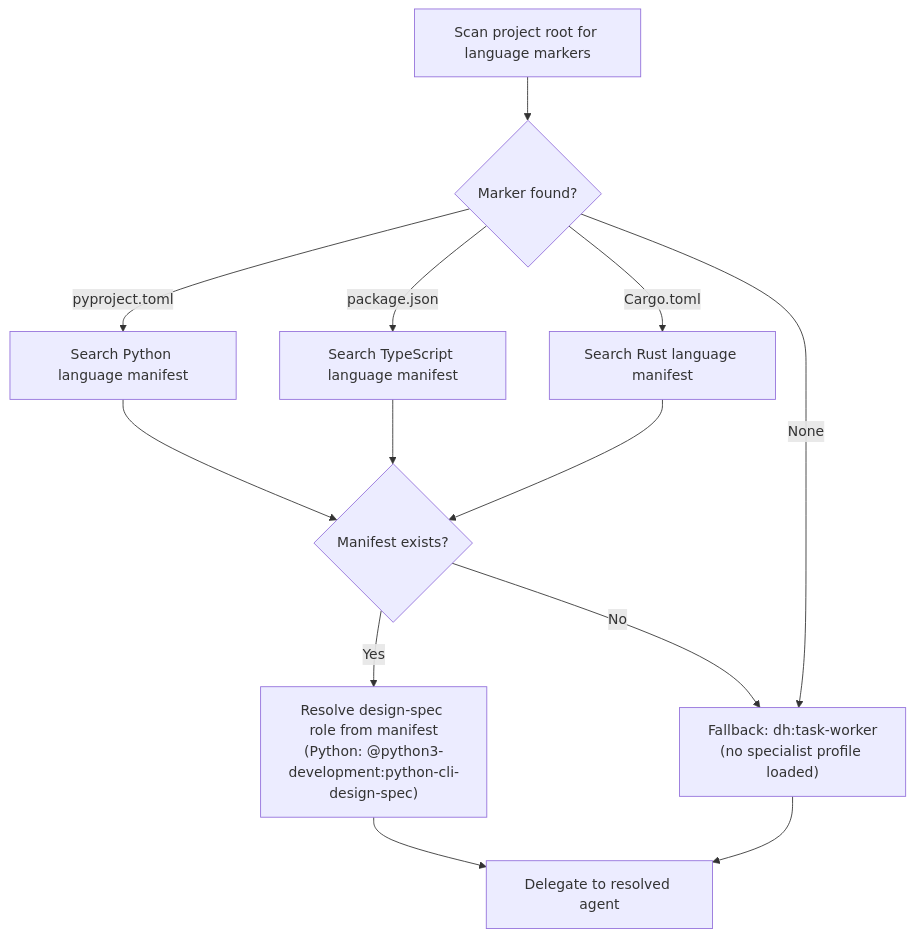
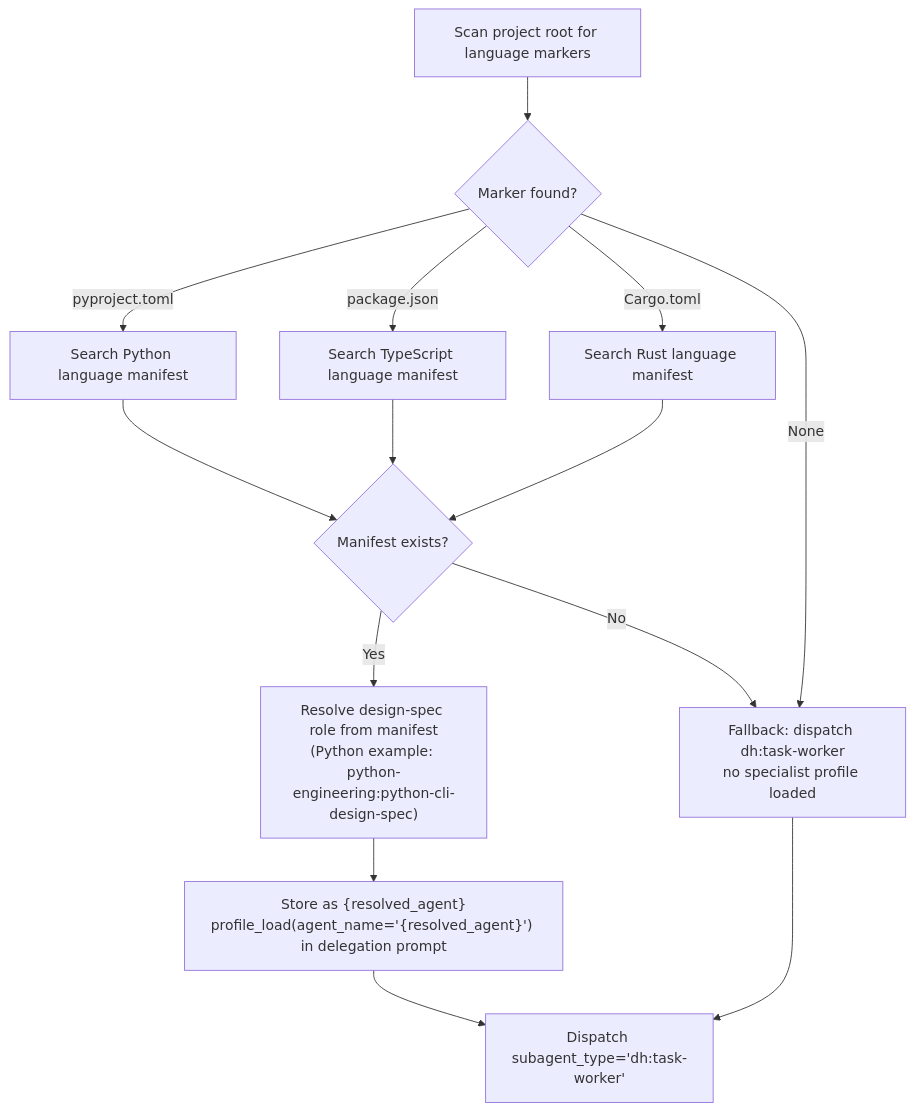
One commit to chgreer1070/claude_skills changed the second of 3 diagrams in plugins/development-harness/skills/add-new-feature/SKILL.md. Above: the diagram before and after it, drawn with Mermaid. The commit also changed other lines of this file and 46 other files, not shown here.

Commit message:
refactor(add-new-feature): Phase 3 architect agent writes spec to disk and self-registers artifact (#2429)

````diff
--- a/plugins/development-harness/skills/add-new-feature/SKILL.md
+++ b/plugins/development-harness/skills/add-new-feature/SKILL.md
@@ -217,15 +217,16 @@
 ```mermaid
 flowchart TD
     Scan[Scan project root for language markers] --> Found{Marker found?}
     Found -->|pyproject.toml| Py[Search Python language manifest]
     Found -->|package.json| TS[Search TypeScript language manifest]
     Found -->|Cargo.toml| Rust[Search Rust language manifest]
     Found -->|None| FB["Fallback: dh:task-worker<br>(no specialist profile loaded)"]
     Py --> ManifestFound{Manifest exists?}
     TS --> ManifestFound
     Rust --> ManifestFound
-    ManifestFound -->|Yes| Resolve["Resolve design-spec role from manifest<br>(Python: @python3-development:python-cli-design-spec)"]
-    ManifestFound -->|No| FB
-    Resolve --> Delegate[Delegate to resolved agent]
+    ManifestFound -->|Yes| Resolve["Resolve design-spec role from manifest<br>(Python example: python-engineering:python-cli-design-spec)"]
+    ManifestFound -->|No| FB["Fallback: dispatch dh:task-worker<br>no specialist profile loaded"]
+    Resolve --> Store["Store as {resolved_agent}<br>profile_load(agent_name='{resolved_agent}') in delegation prompt"]
+    Store --> Delegate["Dispatch subagent_type='dh:task-worker'"]
     FB --> Delegate
 ```
````
